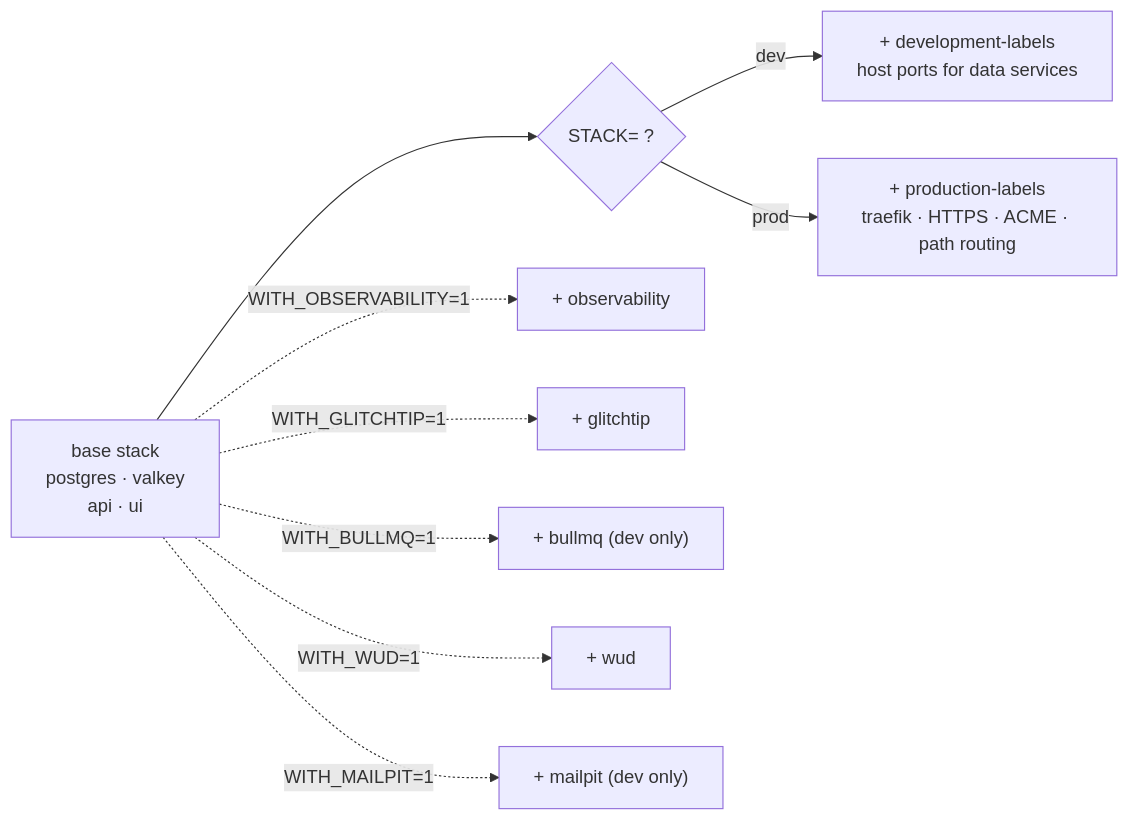
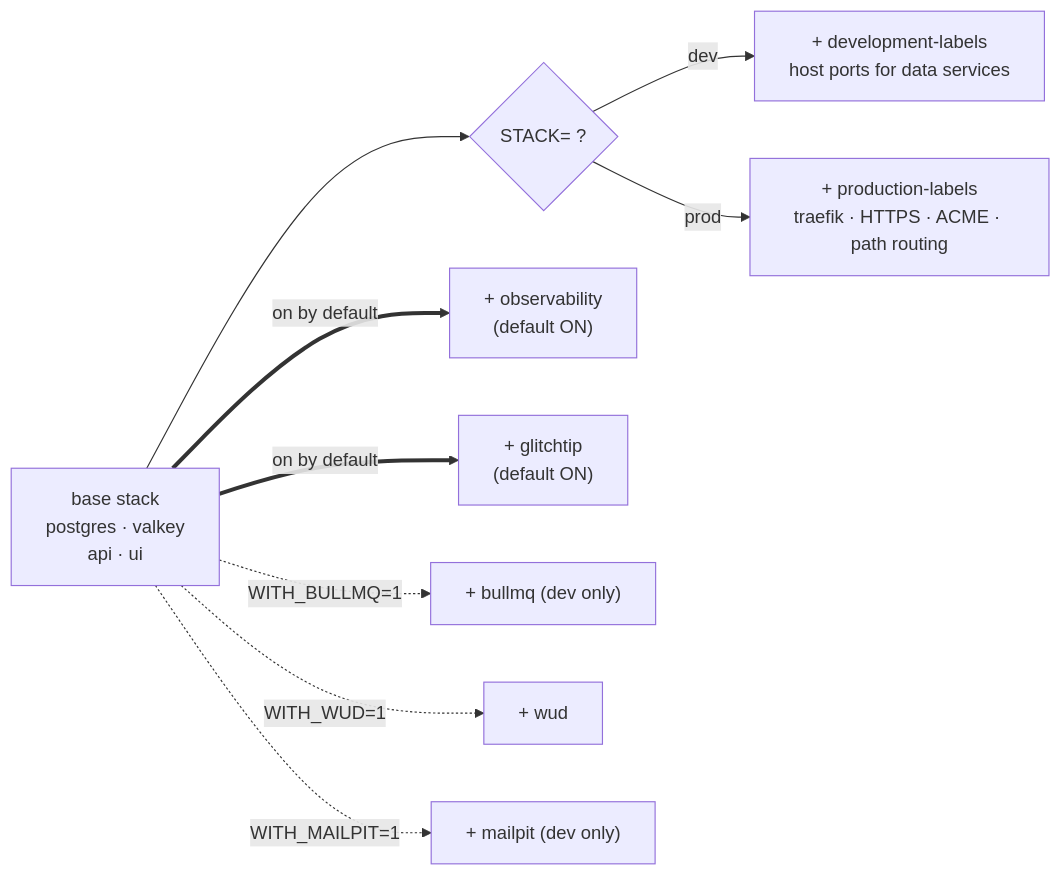
One commit to boringstack-xyz/boringstack changed the diagram in apps/docs/src/content/docs/infra/profiles-and-overlays.mdx. Above: the diagram before and after it, drawn with Mermaid. The commit also changed other lines of this file and 22 other files, not shown here.

````diff
--- a/apps/docs/src/content/docs/infra/profiles-and-overlays.mdx
+++ b/apps/docs/src/content/docs/infra/profiles-and-overlays.mdx
@@ -33,20 +35,20 @@
 ```mermaid
 flowchart LR
   base["base stack<br/>postgres · valkey<br/>api · ui"]
   stack{"STACK= ?"}
   dev["+ development-labels<br/>host ports for data services"]
   prod["+ production-labels<br/>traefik · HTTPS · ACME · path routing"]
-  obs["+ observability"]
-  glitch["+ glitchtip"]
+  obs["+ observability<br/>(default ON)"]
+  glitch["+ glitchtip<br/>(default ON)"]
   bullmq["+ bullmq (dev only)"]
   wud["+ wud"]
   mailpit["+ mailpit (dev only)"]
   base --> stack
   stack -->|dev| dev
   stack -->|prod| prod
-  base -.->|WITH_OBSERVABILITY=1| obs
-  base -.->|WITH_GLITCHTIP=1| glitch
+  base ==>|on by default| obs
+  base ==>|on by default| glitch
   base -.->|WITH_BULLMQ=1| bullmq
   base -.->|WITH_WUD=1| wud
   base -.->|WITH_MAILPIT=1| mailpit
 ```
````
